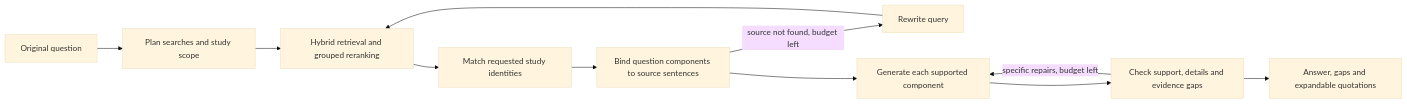
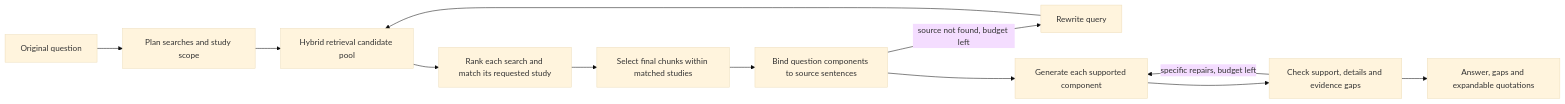
The diagram in docs/agent-workflow.md (lijingshan-6/medrag-agent), drawn with Mermaid (base theme) before and after one commit. The commit also changed other lines of this file and 13 other files, not shown here.

````diff
--- a/docs/agent-workflow.md
+++ b/docs/agent-workflow.md
@@ -7,13 +7,14 @@
 ```mermaid
 flowchart LR
   Q[Original question] --> P[Plan searches and study scope]
-  P --> R[Hybrid retrieval and grouped reranking]
-  R --> S[Match requested study identities]
-  S --> G[Bind question components to source sentences]
+  P --> R[Hybrid retrieval candidate pool]
+  R --> S[Rank each search and match its requested study]
+  S --> K[Select final chunks within matched studies]
+  K --> G[Bind question components to source sentences]
   G -->|source not found, budget left| W[Rewrite query]
   W --> R
   G --> A[Generate each supported component]
   A --> C[Check support, details and evidence gaps]
   C -->|specific repairs, budget left| A
   C --> F[Answer, gaps and expandable quotations]
 ```
````
